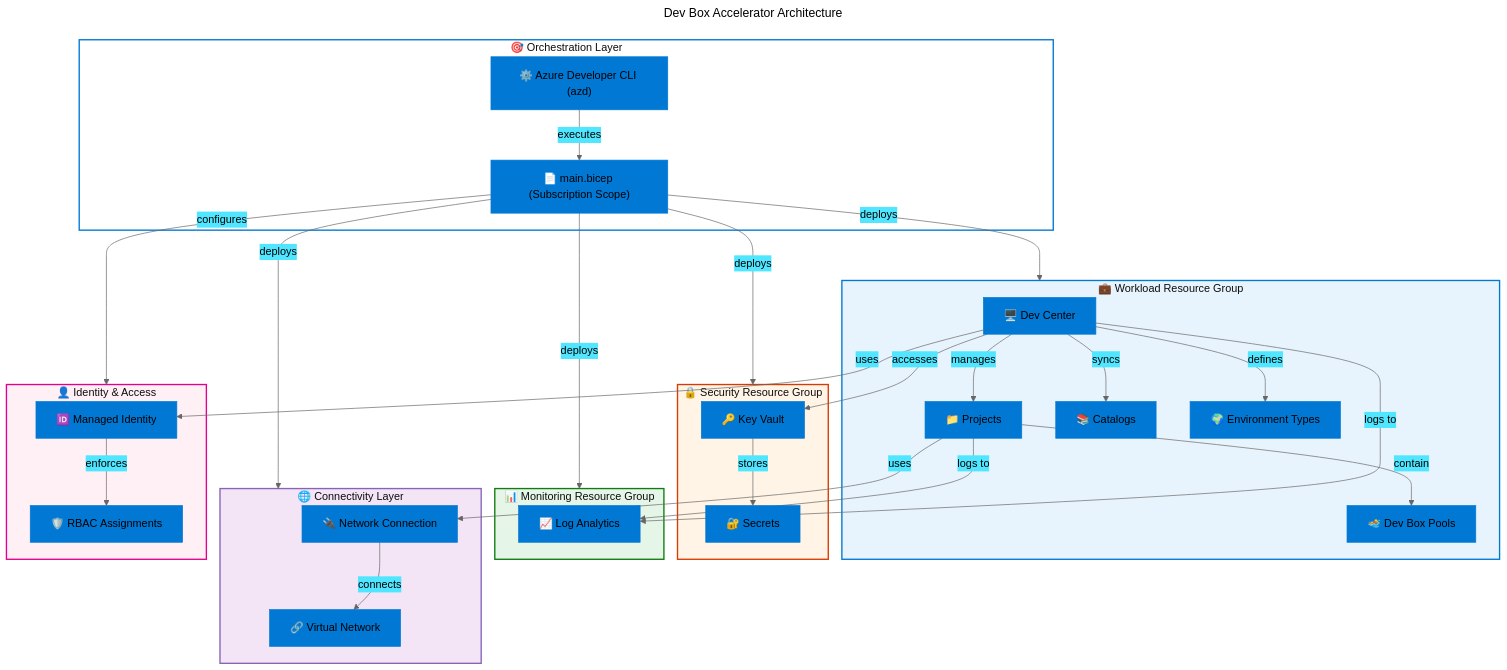
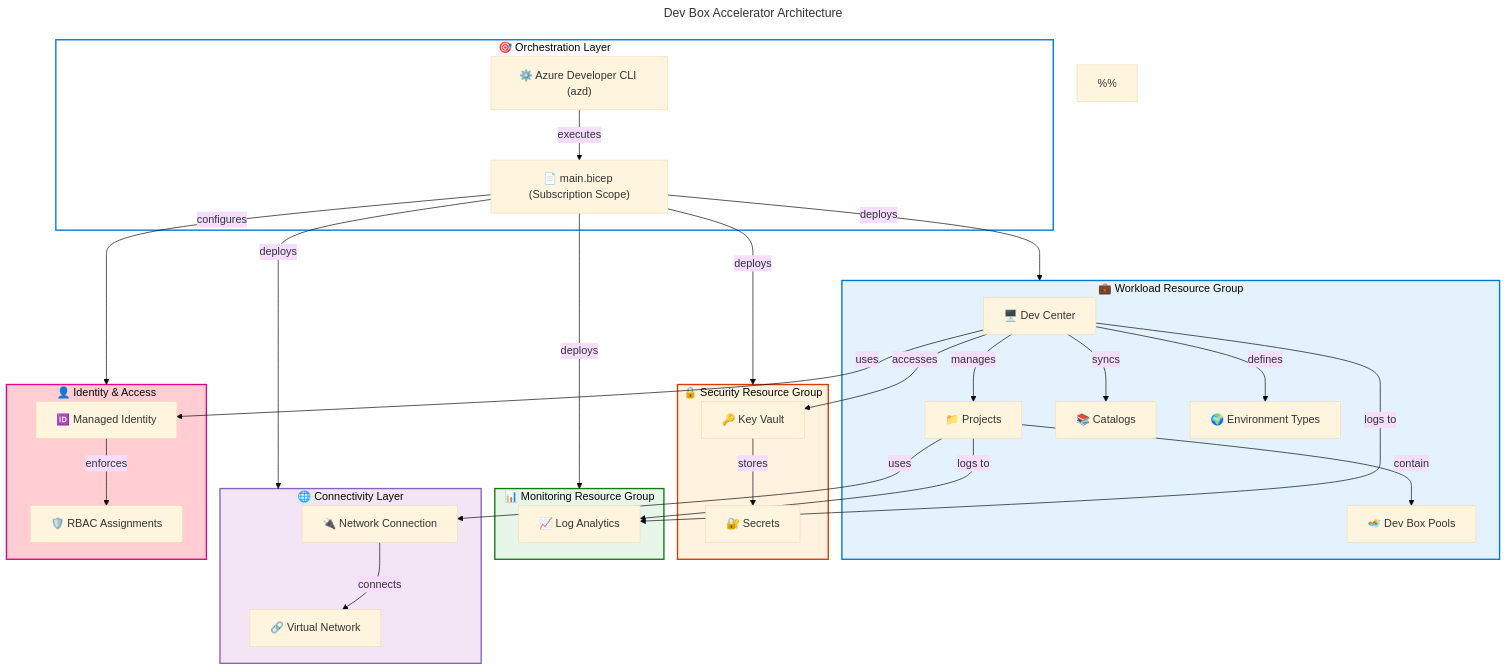
The diagram in README.md (Evilazaro/DevExp-DevBox), drawn with Mermaid before and after one commit.

Commit message:
refactor: update architecture diagram in README.md for improved clarity and color consistency

````diff
--- a/README.md
+++ b/README.md
@@ -77,15 +77,11 @@
 title: Dev Box Accelerator Architecture
 config:
   theme: base
-  themeVariables:
-    primaryColor: "#0078D4"
-    primaryTextColor: "#000"
-    primaryBorderColor: "#0078D4"
-    lineColor: "#666"
-    secondaryColor: "#50E6FF"
-    tertiaryColor: "#F3F2F1"
 ---
 flowchart TB
+    accTitle: Dev Box Accelerator Architecture Diagram
+    accDescr: A comprehensive architecture diagram showing the modular structure of the Dev Box Adoption & Deployment Accelerator, including orchestration, workload, security, monitoring, connectivity, and identity layers with their relationships and dependencies.
+
     subgraph main["🎯 Orchestration Layer"]
         azd["⚙️ Azure Developer CLI (azd)"]
         mainBicep["📄 main.bicep (Subscription Scope)"]
@@ -143,9 +139,20 @@
     managedId -->|"enforces"| rbac
 
     style main fill:#FFFFFF,stroke:#0078D4,stroke-width:2px
-    style workload fill:#E8F4FD,stroke:#0078D4,stroke-width:2px
-    style security fill:#FFF4E5,stroke:#D83B01,stroke-width:2px
-    style monitoring fill:#E5F5E8,stroke:#107C10,stroke-width:2px
+    style workload fill:#E3F2FD,stroke:#0078D4,stroke-width:2px
+    style security fill:#FFF3E0,stroke:#D83B01,stroke-width:2px
+    style monitoring fill:#E8F5E9,stroke:#107C10,stroke-width:2px
     style connectivity fill:#F3E5F5,stroke:#8764B8,stroke-width:2px
-    style identity fill:#FFF0F5,stroke:#E3008C,stroke-width:2px
+    style identity fill:#FFCDD2,stroke:#E3008C,stroke-width:2px
+
+    %% Color Documentation (Microsoft Fluent UI / Azure Palette - 100-level)
+    %% ─────────────────────────────────────────────────────────────────────
+    %% Main Container:      #FFFFFF (White - Level 1 required)
+    %% Workload Layer:      #E3F2FD (Azure Blue Light - Azure services)
+    %% Security Layer:      #FFF3E0 (Orange Light - Security focus)
+    %% Monitoring Layer:    #E8F5E9 (Green Light - Operational health)
+    %% Connectivity Layer:  #F3E5F5 (Purple Light - Network infrastructure)
+    %% Identity Layer:      #FFCDD2 (Red Light - Access control)
+    %%
+    %% All colors comply with WCAG AA (4.5:1 contrast ratio with text)
 ```
````
